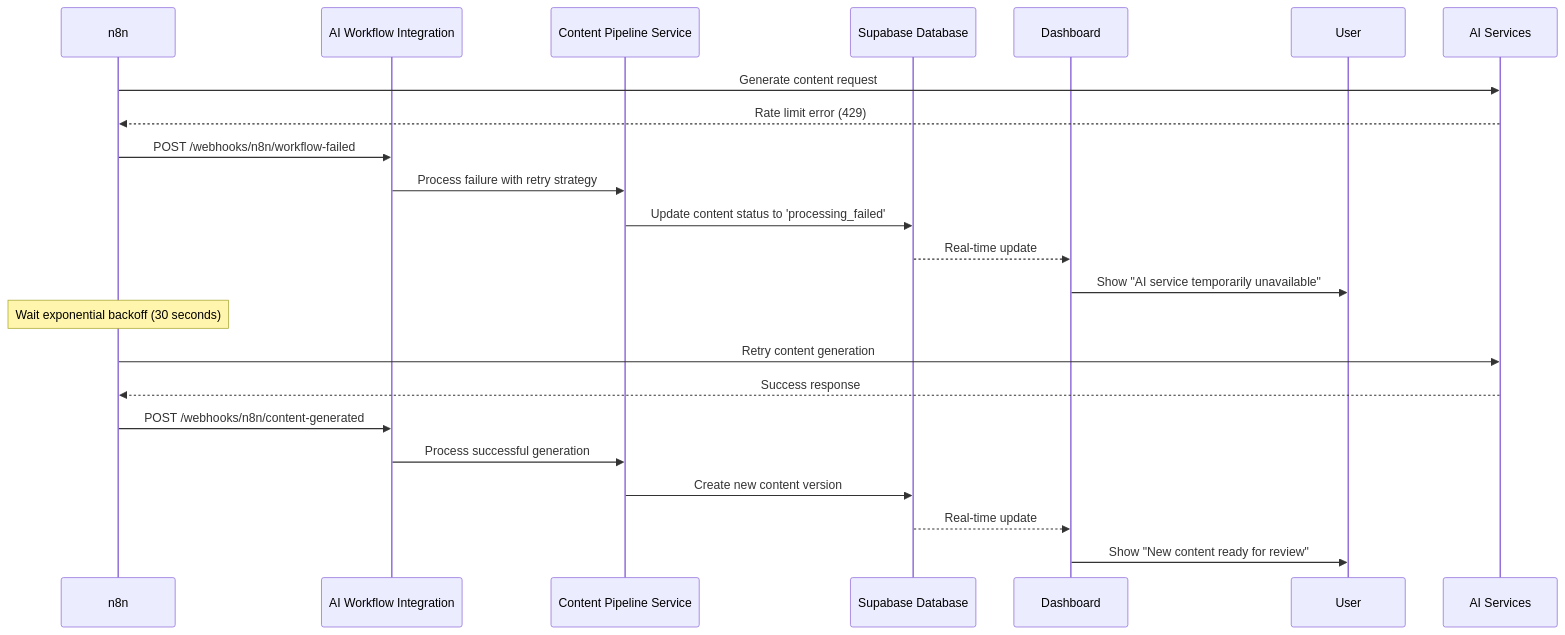
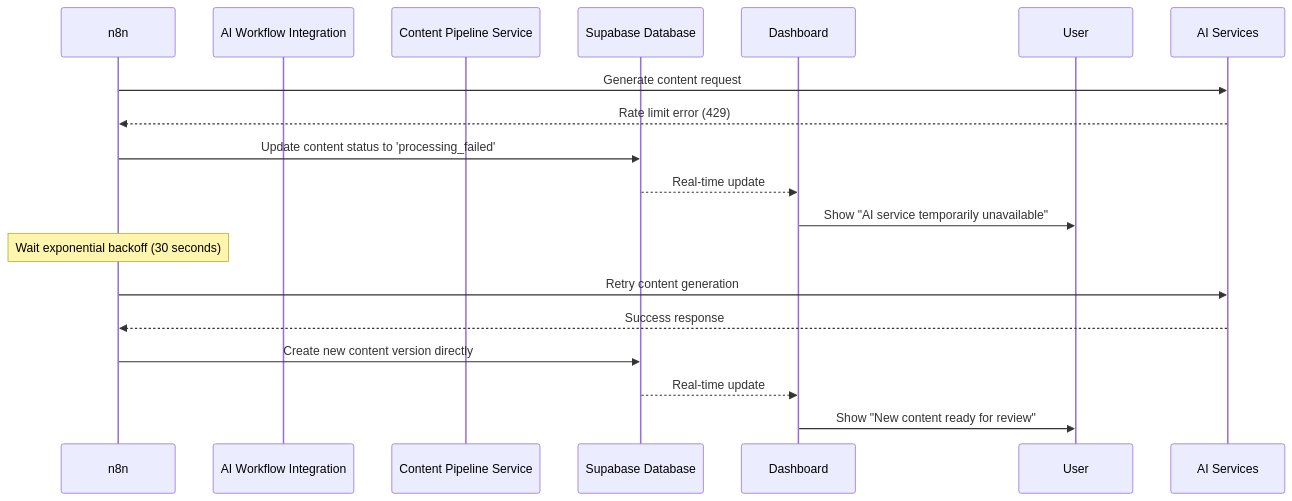
Before and after one commit to theaussie86/WA-Management: the third of 3 diagrams in docs/architecture/core-workflows.md, drawn with Mermaid. The commit also changed other lines of this file and 5 other files, not shown here.

````diff
--- a/docs/architecture/core-workflows.md
+++ b/docs/architecture/core-workflows.md
@@ -63,28 +61,24 @@
 ```mermaid
 sequenceDiagram
     participant n8n
     participant WebhookLayer as AI Workflow Integration
     participant ContentAPI as Content Pipeline Service
     participant DB as Supabase Database
     participant Dashboard
     participant User
 
     n8n->>AI Services: Generate content request
     AI Services-->>n8n: Rate limit error (429)
 
-    n8n->>WebhookLayer: POST /webhooks/n8n/workflow-failed
-    WebhookLayer->>ContentAPI: Process failure with retry strategy
-    ContentAPI->>DB: Update content status to 'processing_failed'
+    n8n->>DB: Update content status to 'processing_failed'
     DB-->>Dashboard: Real-time update
     Dashboard->>User: Show "AI service temporarily unavailable"
 
     note over n8n: Wait exponential backoff (30 seconds)
 
     n8n->>AI Services: Retry content generation
     AI Services-->>n8n: Success response
-    n8n->>WebhookLayer: POST /webhooks/n8n/content-generated
-    WebhookLayer->>ContentAPI: Process successful generation
-    ContentAPI->>DB: Create new content version
+    n8n->>DB: Create new content version directly
     DB-->>Dashboard: Real-time update
     Dashboard->>User: Show "New content ready for review"
 ```
````
